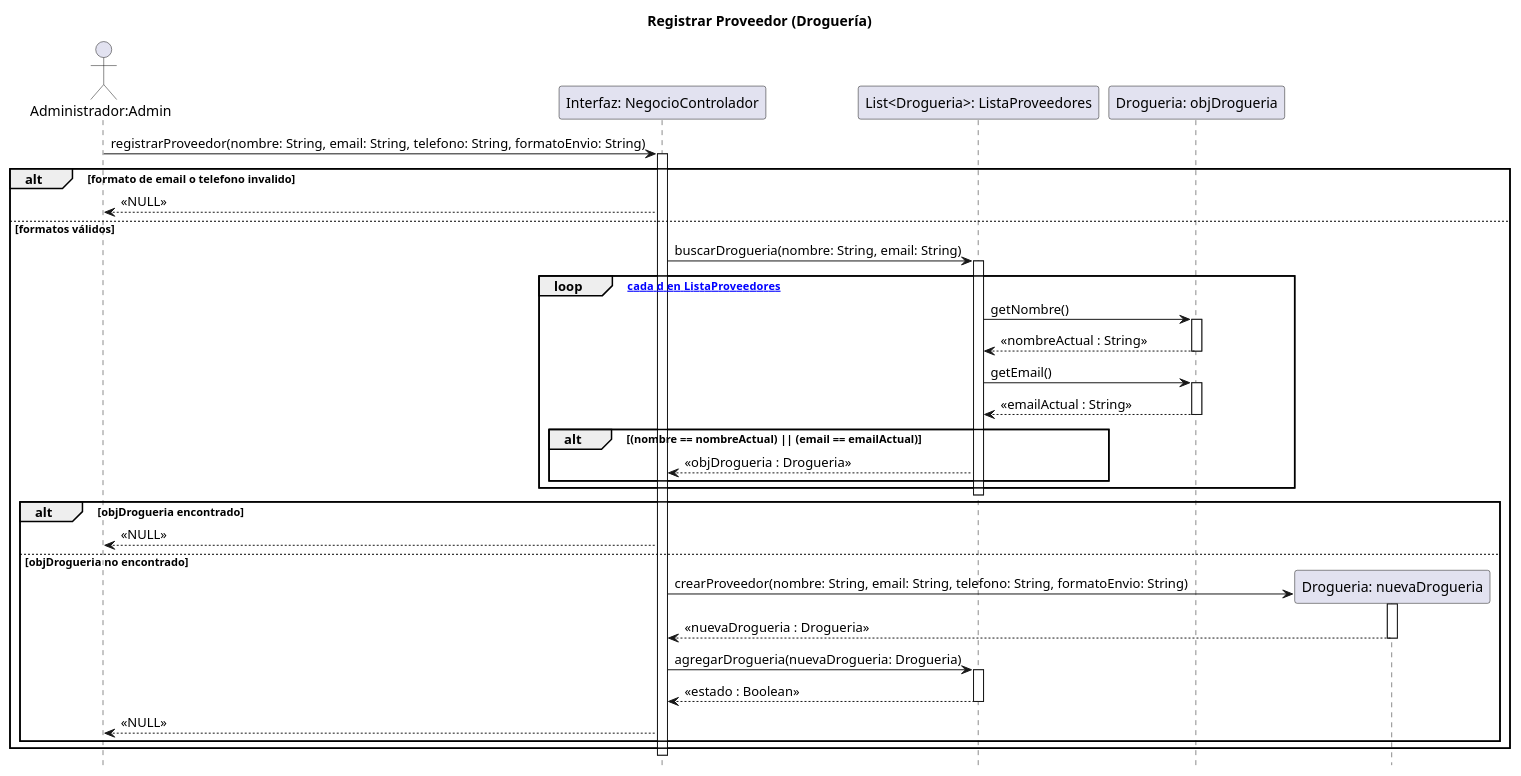
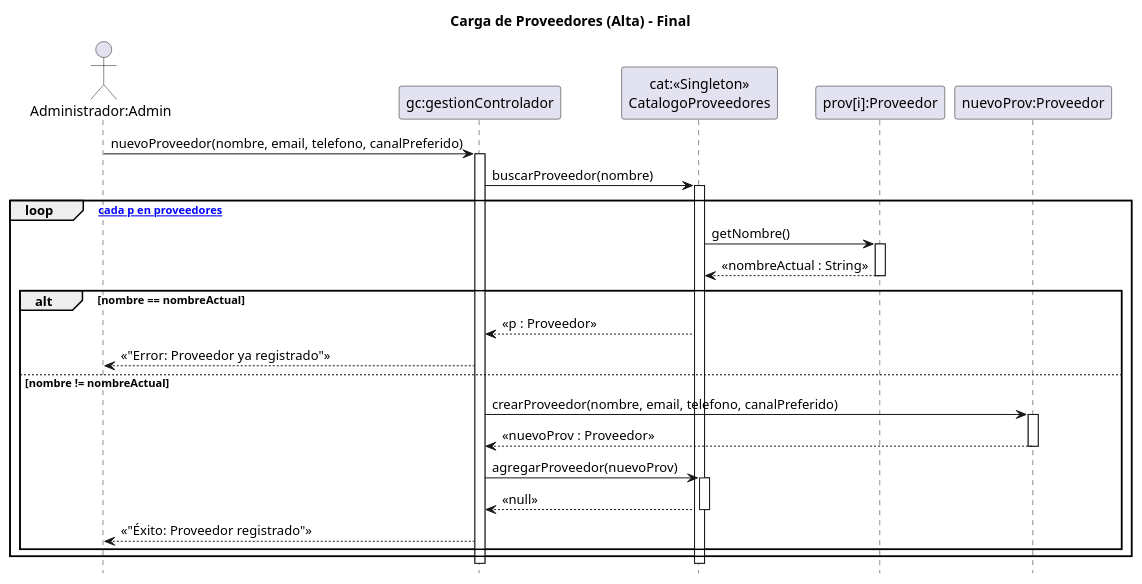
The diagram in 08 - Diagramas de Secuencia de Diseño/CargaProveedores/CargaProveedores.puml (zEzequR/PF-I), drawn with PlantUML before and after one commit. The commit also changed 3 other files, not shown here.

```diff
--- a/08 - Diagramas de Secuencia de Diseño/CargaProveedores/CargaProveedores.puml
+++ b/08 - Diagramas de Secuencia de Diseño/CargaProveedores/CargaProveedores.puml
@@ -1,60 +1,49 @@
 @startuml
-title Registrar Proveedor (Droguería)
+title Carga de Proveedores (Alta) - Final
 
 hide footbox
 
 actor "Administrador:Admin" as admin
-participant "Interfaz: NegocioControlador" as NegCtrl
-participant "List<Drogueria>: ListaProveedores" as lista
-participant "Drogueria: objDrogueria" as drog
-participant "Drogueria: nuevaDrogueria" as nuevoProv
+participant "gc:gestionControlador" as ctrl
+participant "cat:<<Singleton>>\nCatalogoProveedores" as cat
+participant "prov[i]:Proveedor" as prov_iter
+participant "nuevoProv:Proveedor" as nuevo_prov
 
+admin -> ctrl : nuevoProveedor(nombre, email, telefono, canalPreferido)
+activate ctrl
 
-admin -> NegCtrl : registrarProveedor(nombre: String, email: String, telefono: String, formatoEnvio: String)
-activate NegCtrl
+ctrl -> cat : buscarProveedor(nombre)
+activate cat
 
-    alt formato de email o telefono invalido
-        NegCtrl --> admin : <<NULL>>
-    else formatos válidos
+loop [para cada p en proveedores]
+    cat -> prov_iter : getNombre()
+    activate prov_iter
+    prov_iter --> cat : << nombreActual : String >>
+    deactivate prov_iter
     
-        NegCtrl -> lista : buscarDrogueria(nombre: String, email: String)
-        activate lista
+    alt nombre == nombreActual
+        cat --> ctrl : << p : Proveedor >>
         
-        loop [para cada d en  ListaProveedores]
-            lista -> drog : getNombre()
-            activate drog
-            drog --> lista : << nombreActual : String >>
-            deactivate drog
+        ctrl --> admin : << "Error: Proveedor ya registrado" >>
 
-            lista -> drog : getEmail()
-            activate drog
-            drog --> lista : << emailActual : String >>
-            deactivate drog
-            
-            alt (nombre == nombreActual) || (email == emailActual)
-                lista --> NegCtrl : << objDrogueria : Drogueria >>
-            end
-        end
-        deactivate lista
+    else nombre != nombreActual
+    
+        ctrl -> nuevo_prov : crearProveedor(nombre, email, telefono, canalPreferido)
+        activate nuevo_prov
+        nuevo_prov --> ctrl : << nuevoProv : Proveedor >>
+        deactivate nuevo_prov
 
-        alt objDrogueria encontrado
-            NegCtrl --> admin : <<NULL>>
-            
-        else objDrogueria no encontrado
-            NegCtrl -> nuevoProv ** : crearProveedor(nombre: String, email: String, telefono: String, formatoEnvio: String)
-            activate nuevoProv
-            nuevoProv --> NegCtrl : << nuevaDrogueria : Drogueria >>
-            deactivate nuevoProv
-
-            NegCtrl -> lista : agregarDrogueria(nuevaDrogueria: Drogueria)
-            activate lista
-            lista --> NegCtrl : << estado : Boolean >>
-            deactivate lista
-
-            NegCtrl --> admin : <<NULL>>
-        end
+        ctrl -> cat : agregarProveedor(nuevoProv)
+        activate cat
+        
+        cat --> ctrl : << null >>
+        deactivate cat
+        
+        ctrl --> admin : << "Éxito: Proveedor registrado" >>
         
     end
+end
 
-deactivate NegCtrl
+deactivate cat
+deactivate ctrl
 @enduml
```
